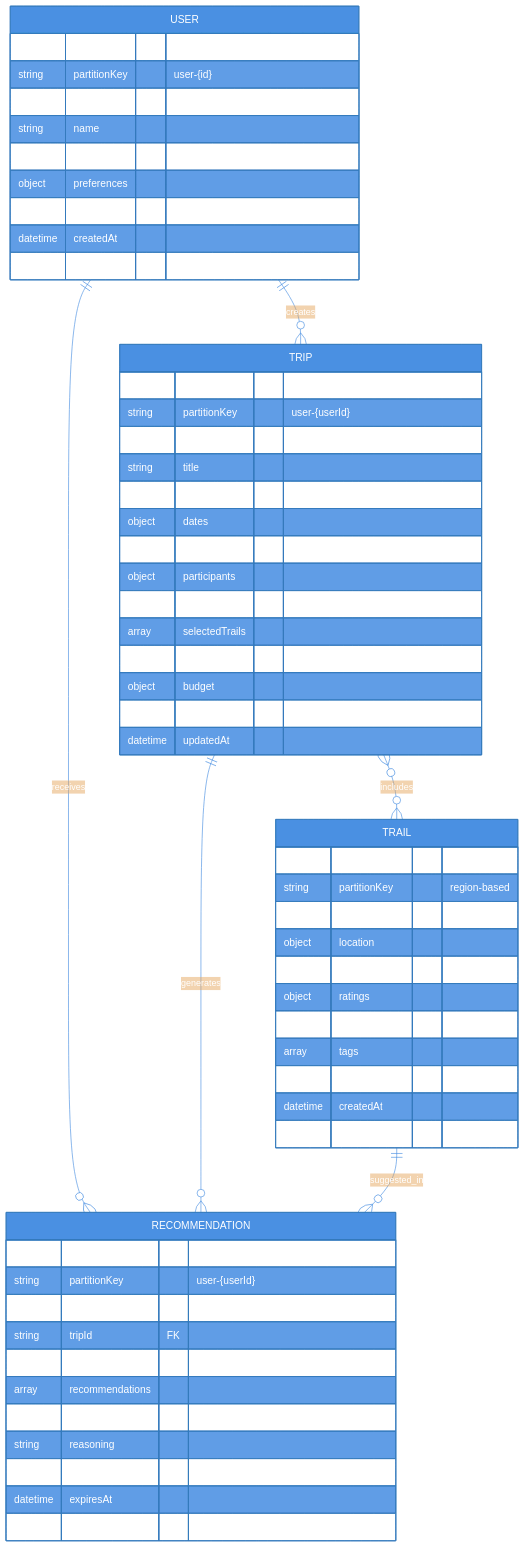
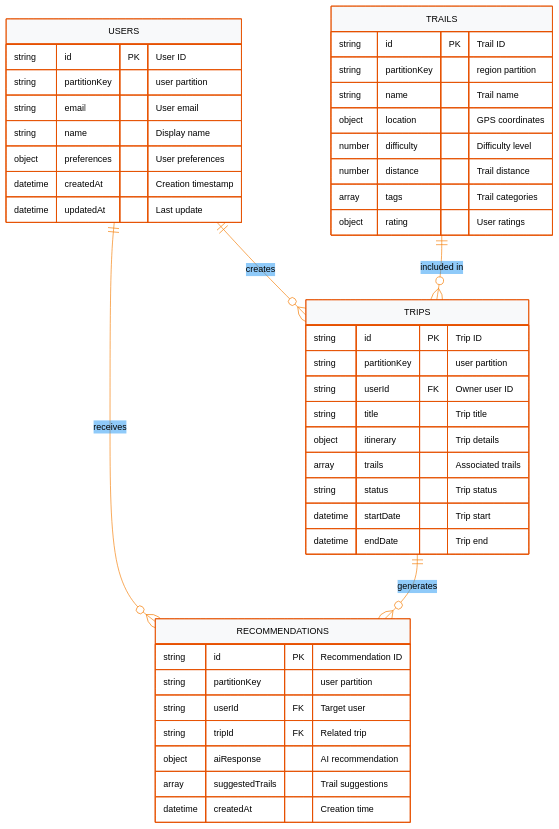
The fourth of 6 diagrams in ARCHITECTURE.md (danielmeppiel/agentic-hike-planner), drawn with Mermaid before and after one commit. The commit also changed other lines of this file, not shown here.

Commit message:
Simplify ARCHITECTURE.md with accessibility improvements and syntax fixes

````diff
--- a/ARCHITECTURE.md
+++ b/ARCHITECTURE.md
@@ -418,66 +269,65 @@
 ```mermaid
-%%{init: {'theme':'base', 'themeVariables': { 'primaryColor': '#4a90e2', 'primaryTextColor': '#fff', 'primaryBorderColor': '#357abd', 'lineColor': '#4a90e2'}}}%%
+%%{init: {
+    'theme': 'base',
+    'themeVariables': {
+        'primaryColor': '#ff9800',
+        'primaryTextColor': '#000000',
+        'primaryBorderColor': '#e65100',
+        'lineColor': '#f57c00',
+        'secondaryColor': '#4caf50',
+        'tertiaryColor': '#2196f3',
+        'background': '#ffffff',
+        'mainBkg': '#f8f9fa',
+        'fontFamily': 'system-ui, -apple-system, sans-serif',
+        'fontSize': '14px'
+    }
+}}%%
 erDiagram
-    USER {
-        string id PK
-        string partitionKey "user-{id}"
-        string email UK
-        string name
-        enum fitnessLevel "beginner|intermediate|advanced|expert"
-        object preferences
-        object location
-        datetime createdAt
-        datetime updatedAt
+    USERS {
+        string id PK "User ID"
+        string partitionKey "user partition"
+        string email "User email"
+        string name "Display name"
+        object preferences "User preferences"
+        datetime createdAt "Creation timestamp"
+        datetime updatedAt "Last update"
     }
     
-    TRIP {
-        string id PK
-        string partitionKey "user-{userId}"
-        string userId FK
-        string title
-        enum status "planning|confirmed|completed|cancelled"
-        object dates
-        object location
-        object participants
-        object preferences
-        array selectedTrails
-        array equipment
-        object budget
-        datetime createdAt
-        datetime updatedAt
+    TRIPS {
+        string id PK "Trip ID"
+        string partitionKey "user partition"
+        string userId FK "Owner user ID"
+        string title "Trip title"
+        object itinerary "Trip details"
+        array trails "Associated trails"
+        string status "Trip status"
+        datetime startDate "Trip start"
+        datetime endDate "Trip end"
     }
     
-    TRAIL {
-        string id PK
-        string partitionKey "region-based"
-        string name
-        object location
-        object characteristics
-        object ratings
-        array images
-        array tags
-        boolean isActive
-        datetime createdAt
-        datetime updatedAt
+    TRAILS {
+        string id PK "Trail ID"
+        string partitionKey "region partition"
+        string name "Trail name"
+        object location "GPS coordinates"
+        number difficulty "Difficulty level"
+        number distance "Trail distance"
+        array tags "Trail categories"
+        object rating "User ratings"
     }
     
-    RECOMMENDATION {
-        string id PK
-        string partitionKey "user-{userId}"
-        string userId FK
-        string tripId FK
-        enum type "trail_suggestion|equipment|weather|safety"
-        array recommendations
-        float confidence
-        string reasoning
-        datetime createdAt
-        datetime expiresAt
-        int ttl "30 days"
+    RECOMMENDATIONS {
+        string id PK "Recommendation ID"
+        string partitionKey "user partition"
+        string userId FK "Target user"
+        string tripId FK "Related trip"
+        object aiResponse "AI recommendation"
+        array suggestedTrails "Trail suggestions"
+        datetime createdAt "Creation time"
     }
     
-    USER ||--o{ TRIP : "creates"
-    USER ||--o{ RECOMMENDATION : "receives"
-    TRIP ||--o{ RECOMMENDATION : "generates"
-    TRIP }o--o{ TRAIL : "includes"
-    TRAIL ||--o{ RECOMMENDATION : "suggested_in"
+    USERS ||--o{ TRIPS : "creates"
+    USERS ||--o{ RECOMMENDATIONS : "receives"
+    TRIPS ||--o{ RECOMMENDATIONS : "generates"
+    TRAILS ||--o{ TRIPS : "included in"
 ```
````
